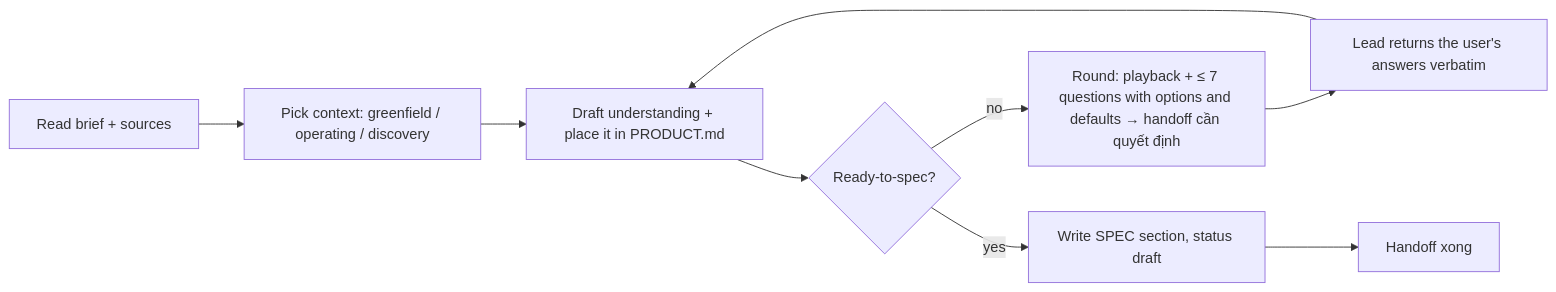
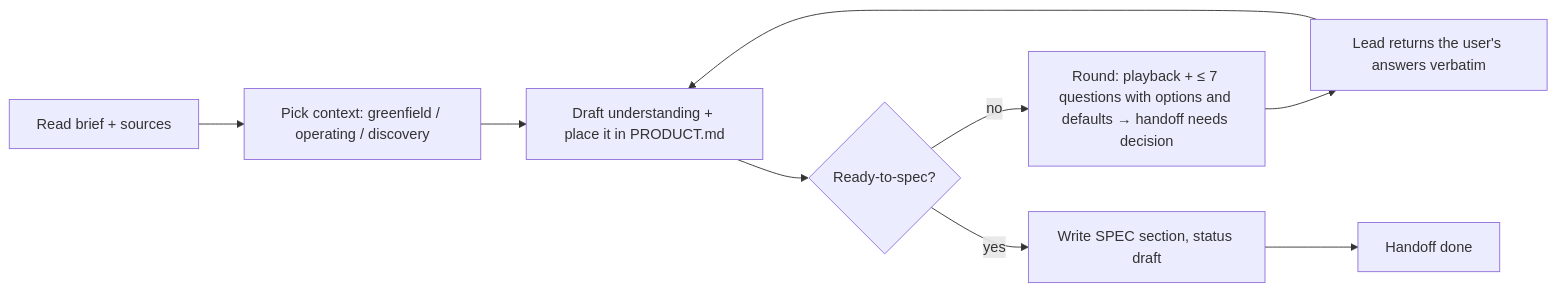
The diagram in agents/team-ba.md (Tuan-Quyen/technical-teams), drawn with Mermaid before and after one commit. The commit also changed other lines of this file and 34 other files, not shown here.

````diff
--- a/agents/team-ba.md
+++ b/agents/team-ba.md
@@ -25,9 +25,9 @@
 ```mermaid
 flowchart LR
   A[Read brief + sources] --> B[Pick context: greenfield / operating / discovery]
   B --> C[Draft understanding + place it in PRODUCT.md]
   C --> D{Ready-to-spec?}
-  D -- no --> R[Round: playback + ≤ 7 questions with options and defaults → handoff cần quyết định]
+  D -- no --> R[Round: playback + ≤ 7 questions with options and defaults → handoff needs decision]
   R --> A2[Lead returns the user's answers verbatim] --> C
-  D -- yes --> E[Write SPEC section, status draft] --> H[Handoff xong]
+  D -- yes --> E[Write SPEC section, status draft] --> H[Handoff done]
 ```
````
